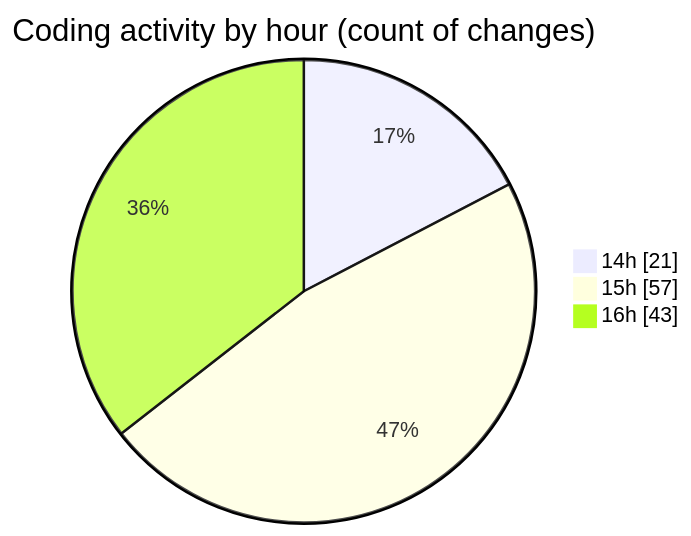
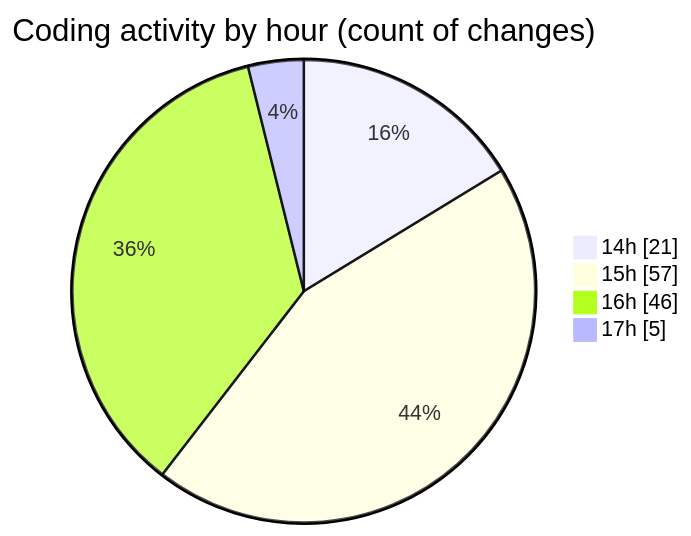
Before and after one commit to Ritupan-Deka/code-tracking: the second of 2 diagrams in 2025-05-24/projects/README.md, drawn with Mermaid. The commit also changed other lines of this file and 1 other file, not shown here.

````diff
--- a/2025-05-24/projects/README.md
+++ b/2025-05-24/projects/README.md
@@ -34,7 +35,8 @@
 ```mermaid
 pie showData
 title Coding activity by hour (count of changes)
 "14h" : 21
 "15h" : 57
-"16h" : 43
+"16h" : 46
+"17h" : 5
 ```
````
